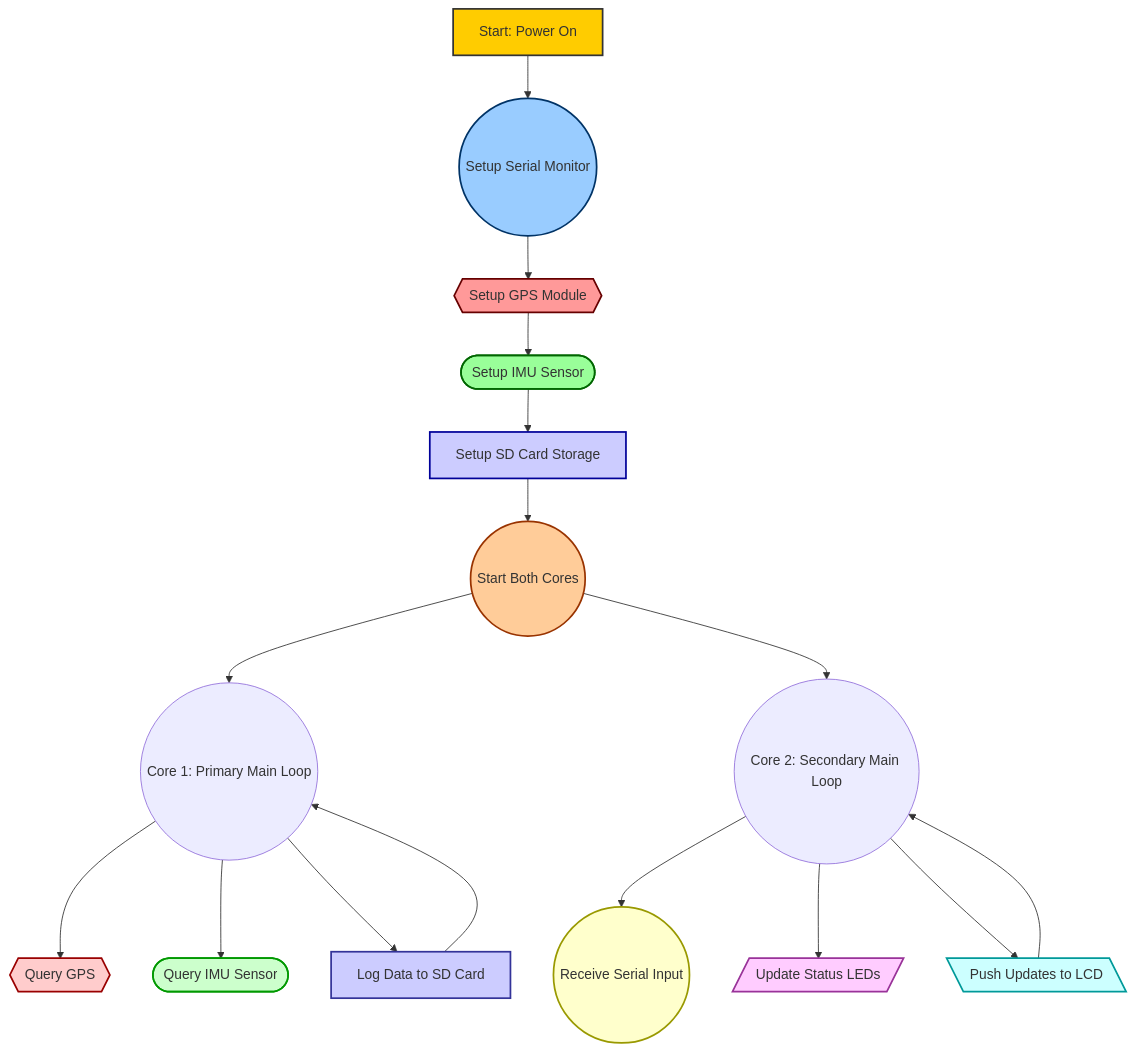
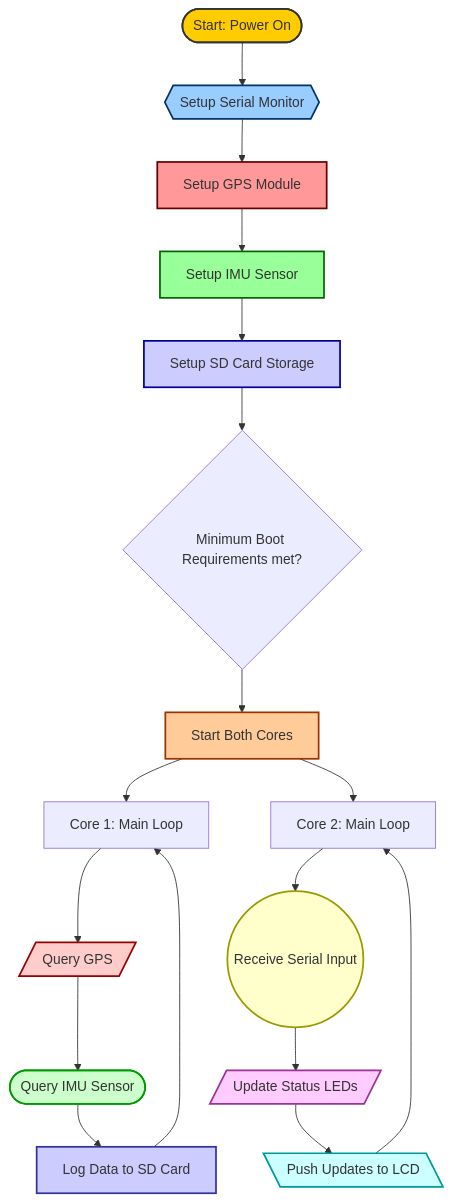
The second of 2 diagrams in readme.md (Phoenixjack/otw), drawn with Mermaid before and after one commit. The commit also changed other lines of this file, not shown here.

Commit message:
more formating

````diff
--- a/readme.md
+++ b/readme.md
@@ -64,41 +64,43 @@
 ```mermaid
 flowchart TD
     %% Nodes for Setup Routine
-    Start[Start: Power On] --> SerialSetup((Setup Serial Monitor))
-    SerialSetup --> GPSSetup{{Setup GPS Module}}
-    GPSSetup --> IMUSetup([Setup IMU Sensor])
+    Start([Start: Power On]) --> SerialSetup{{Setup Serial Monitor}}
+    SerialSetup --> GPSSetup[Setup GPS Module]
+    GPSSetup --> IMUSetup[Setup IMU Sensor]
     IMUSetup --> SDCardSetup[Setup SD Card Storage]
-    SDCardSetup --> StartCores((Start Both Cores))
+
+    SDCardSetup --> SystemReady{"Minimum Boot Requirements met?"}
+    SystemReady --> StartCores[Start Both Cores]
 
     %% Main Loops
-    StartCores --> Core1Main((Core 1: Primary Main Loop))
-    StartCores --> Core2Main((Core 2: Secondary Main Loop))
+    StartCores --> Core1Main[Core 1: Main Loop]
+    StartCores --> Core2Main[Core 2: Main Loop]
 
     %% Core 1 Tasks
-    Core1Main --> GPSFunctions{{Query GPS}}
-    Core1Main --> IMUFunctions([Query IMU Sensor])
-    Core1Main --> SDLogging[Log Data to SD Card]
+    Core1Main --> GPSFunctions[/Query GPS/]
+    GPSFunctions --> IMUFunctions([Query IMU Sensor])
+    IMUFunctions --> SDLogging[Log Data to SD Card]
     SDLogging --> Core1Main
 
     %% Core 2 Tasks
     Core2Main --> SerialIO((Receive Serial Input))
-    Core2Main --> StatusLED[/Update Status LEDs/]
-    Core2Main --> LCDDisplay[\Push Updates to LCD\]
+    SerialIO --> StatusLED[/Update Status LEDs/]
+    StatusLED --> LCDDisplay[\Push Updates to LCD\]
     LCDDisplay --> Core2Main
 
     %% Styling
     style Start fill:#ffcc00,stroke:#333,stroke-width:2px
     style SerialSetup fill:#99ccff,stroke:#003366,stroke-width:2px
     style GPSSetup fill:#ff9999,stroke:#660000,stroke-width:2px
     style IMUSetup fill:#99ff99,stroke:#006600,stroke-width:2px
     style SDCardSetup fill:#ccccff,stroke:#000099,stroke-width:2px
     style StartCores fill:#ffcc99,stroke:#993300,stroke-width:2px
 
     style GPSFunctions fill:#ffcccc,stroke:#990000,stroke-width:2px
     style IMUFunctions fill:#ccffcc,stroke:#009900,stroke-width:2px
     style SDLogging fill:#ccccff,stroke:#333399,stroke-width:2px
 
     style SerialIO fill:#ffffcc,stroke:#999900,stroke-width:2px
     style StatusLED fill:#ffccff,stroke:#993399,stroke-width:2px
     style LCDDisplay fill:#ccffff,stroke:#009999,stroke-width:2px
 ```
````
